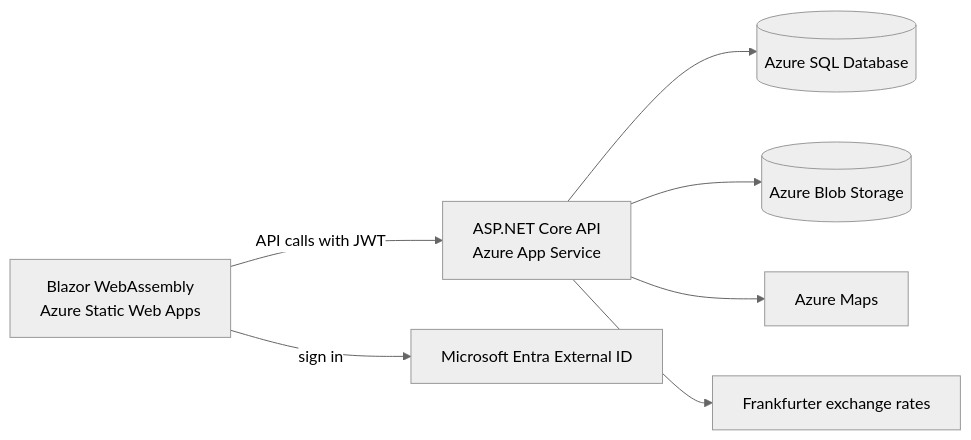
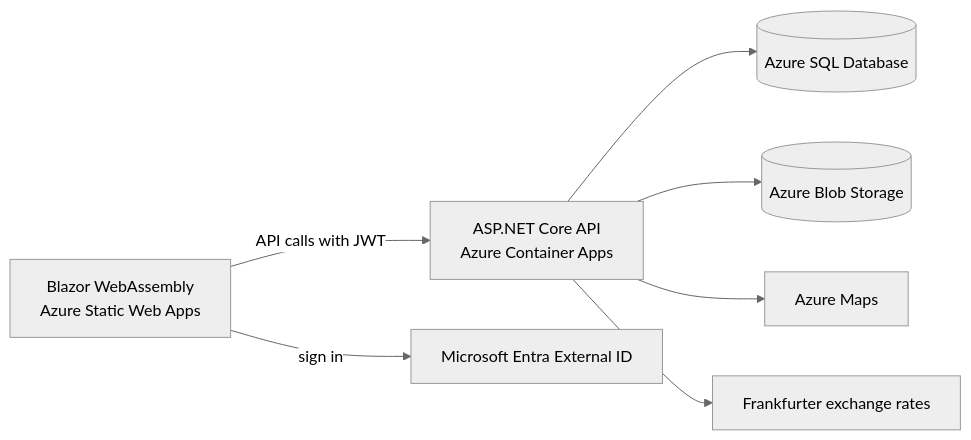
One commit to Syvia00/TravelPlan changed the diagram in README.md. Above: the diagram before and after it, drawn with Mermaid (neutral theme). The commit also changed other lines of this file and 4 other files, not shown here.

First line of the commit message:
Update README and code comments for the Container Apps migration

````diff
--- a/README.md
+++ b/README.md
@@ -39,9 +39,9 @@
 ```mermaid
 flowchart LR
-    Browser["Blazor WebAssembly<br/>Azure Static Web Apps"] -->|"API calls with JWT"| Api["ASP.NET Core API<br/>Azure App Service"]
+    Browser["Blazor WebAssembly<br/>Azure Static Web Apps"] -->|"API calls with JWT"| Api["ASP.NET Core API<br/>Azure Container Apps"]
     Browser -->|"sign in"| Entra["Microsoft Entra External ID"]
     Api --> Sql[("Azure SQL Database")]
     Api --> Blob[("Azure Blob Storage")]
     Api --> Maps["Azure Maps"]
     Api --> Fx["Frankfurter exchange rates"]
 ```
````
